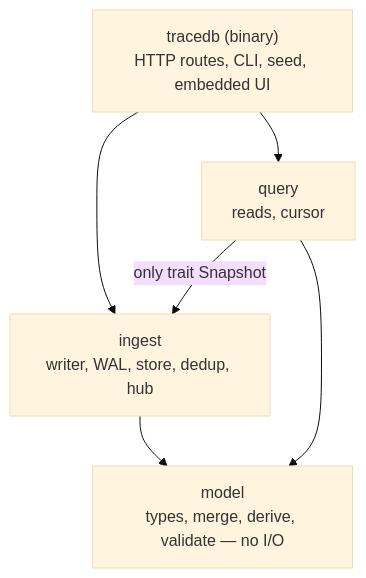
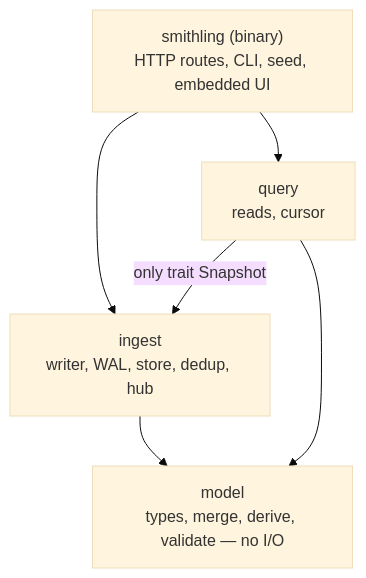
Before and after one commit to liukai/smithling: the second of 8 diagrams in specs/001-m1-see-agent-trace-live/starter-guide.md, drawn with Mermaid (base theme). The commit also changed other lines of this file and 199 other files, not shown here.

First line of the commit message:
refactor: rename tracedb to Smithling (D-037)

````diff
--- a/specs/001-m1-see-agent-trace-live/starter-guide.md
+++ b/specs/001-m1-see-agent-trace-live/starter-guide.md
@@ -46,12 +46,12 @@
 ```mermaid
 flowchart TB
-    tracedb["tracedb (binary)<br/>HTTP routes, CLI, seed, embedded UI"]
+    smithling["smithling (binary)<br/>HTTP routes, CLI, seed, embedded UI"]
     query["query<br/>reads, cursor"]
     ingest["ingest<br/>writer, WAL, store, dedup, hub"]
     model["model<br/>types, merge, derive, validate — no I/O"]
-    tracedb --> query
-    tracedb --> ingest
+    smithling --> query
+    smithling --> ingest
     query -->|"only trait Snapshot"| ingest
     ingest --> model
     query --> model
 ```
````
